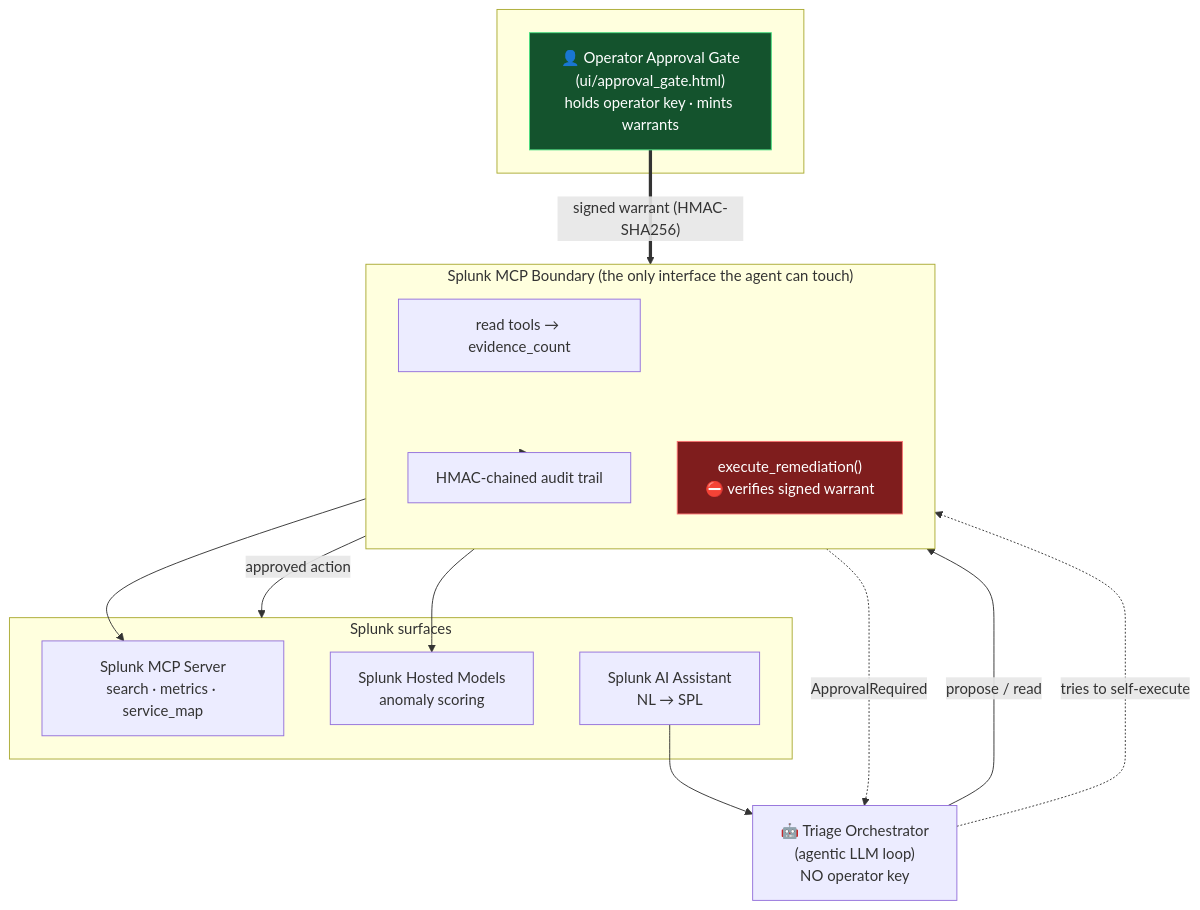
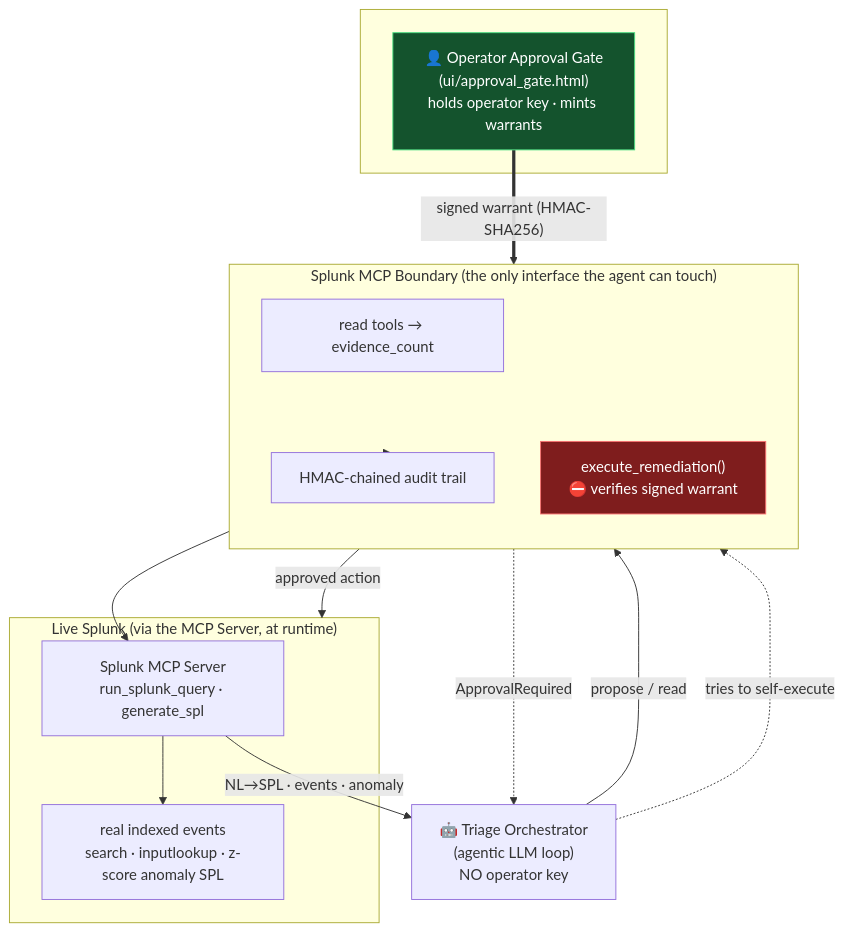
The diagram in architecture_diagram.md (hiddenlayer1/sentryops-copilot), drawn with Mermaid before and after one commit. The commit also changed other lines of this file and 6 other files, not shown here.

First line of the commit message:
feat(live): genuinely-live Splunk MCP path -- agent queries real Splunk at runtime

````diff
--- a/architecture_diagram.md
+++ b/architecture_diagram.md
@@ -8,36 +8,35 @@
 ```mermaid
 flowchart TB
     subgraph human[" "]
       OP["👤 Operator Approval Gate<br/>(ui/approval_gate.html)<br/>holds operator key · mints warrants"]
     end
 
     AG["🤖 Triage Orchestrator<br/>(agentic LLM loop)<br/>NO operator key"]
 
     subgraph boundary["Splunk MCP Boundary  (the only interface the agent can touch)"]
       direction TB
       RT["read tools → evidence_count"]
       GT["execute_remediation()<br/>⛔ verifies signed warrant"]
       AC["HMAC-chained audit trail"]
     end
 
-    subgraph splunk["Splunk surfaces"]
-      MCP["Splunk MCP Server<br/>search · metrics · service_map"]
-      HM["Splunk Hosted Models<br/>anomaly scoring"]
-      AA["Splunk AI Assistant<br/>NL → SPL"]
+    subgraph splunk["Live Splunk  (via the MCP Server, at runtime)"]
+      MCP["Splunk MCP Server<br/>run_splunk_query · generate_spl"]
+      SP["real indexed events<br/>search · inputlookup · z-score anomaly SPL"]
     end
 
     AG -->|"propose / read"| RT
     AG -.->|"tries to self-execute"| GT
     GT -. "ApprovalRequired" .-> AG
     OP ==>|"signed warrant (HMAC-SHA256)"| GT
     RT --> MCP
-    RT --> HM
-    AA --> AG
+    MCP --> SP
+    MCP -->|"NL→SPL · events · anomaly"| AG
     boundary --> AC
     GT -->|"approved action"| splunk
 
     classDef gate fill:#7f1d1d,stroke:#f87171,color:#fff;
     classDef ok fill:#14532d,stroke:#4ade80,color:#fff;
     class GT gate
     class OP ok
 ```
````
